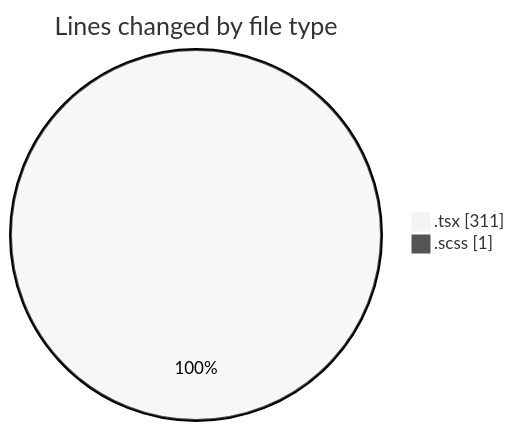
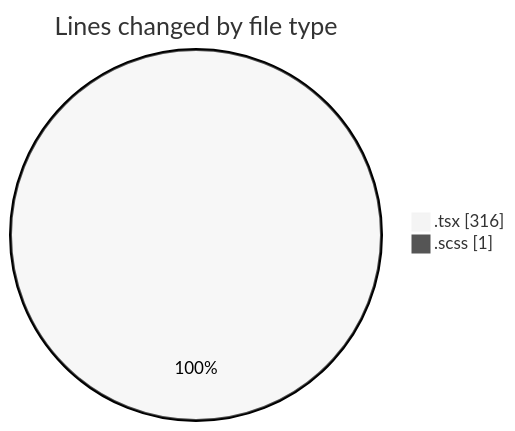
The first of 2 diagrams in 2025-03-19/cda/README.md (momahboobian/code-tracking), drawn with Mermaid (neutral theme) before and after one commit. The commit also changed other lines of this file and 1 other file, not shown here.

````diff
--- a/2025-03-19/cda/README.md
+++ b/2025-03-19/cda/README.md
@@ -23,6 +23,6 @@
 ```mermaid
 pie showData
 title Lines changed by file type
-".tsx" : 311
+".tsx" : 316
 ".scss" : 1
 ```
````
